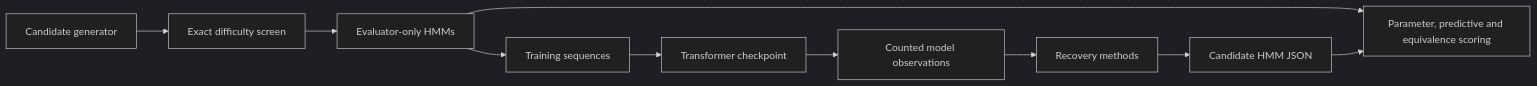
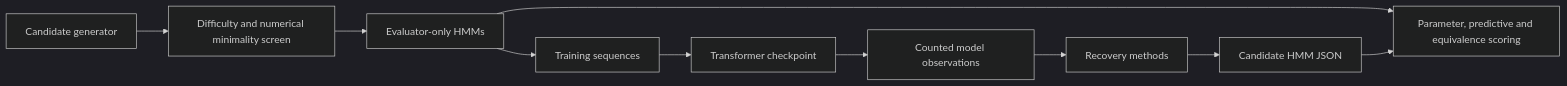
Before and after one commit to d0rbu/hidden-process-bench: the diagram in docs/reference/architecture.md, drawn with Mermaid (dark theme). The commit also changed 14 other files, not shown here.

````diff
--- a/docs/reference/architecture.md
+++ b/docs/reference/architecture.md
@@ -8,12 +8,12 @@
 ```mermaid
 flowchart LR
-  G[Candidate generator] --> Q[Exact difficulty screen]
+  G[Candidate generator] --> Q[Difficulty and numerical minimality screen]
   Q --> T
   T[Evaluator-only HMMs] --> D[Training sequences]
   D --> M[Transformer checkpoint]
   M --> O[Counted model observations]
   O --> E[Recovery methods]
   E --> C[Candidate HMM JSON]
   T --> S[Parameter, predictive and equivalence scoring]
   C --> S
 ```
````
